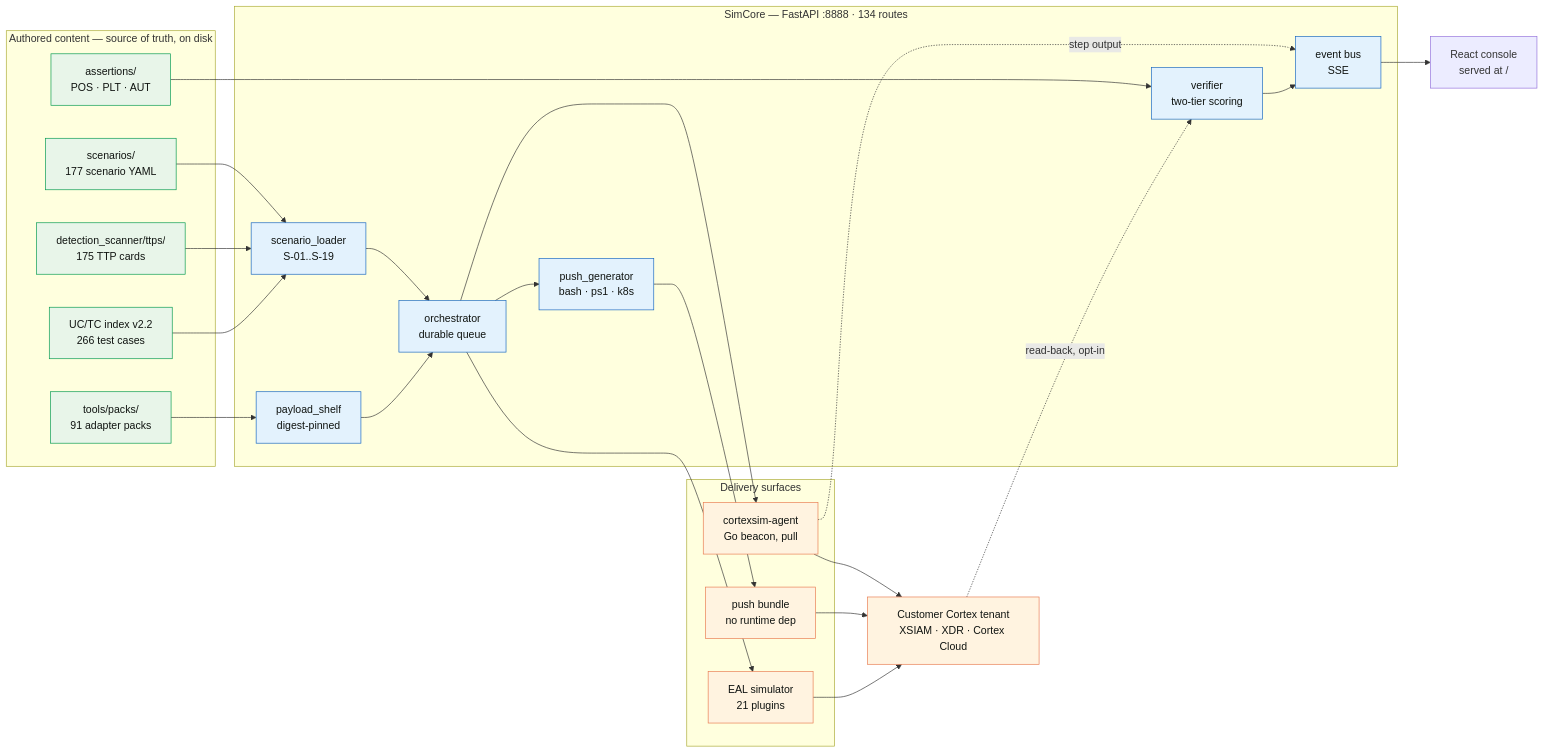
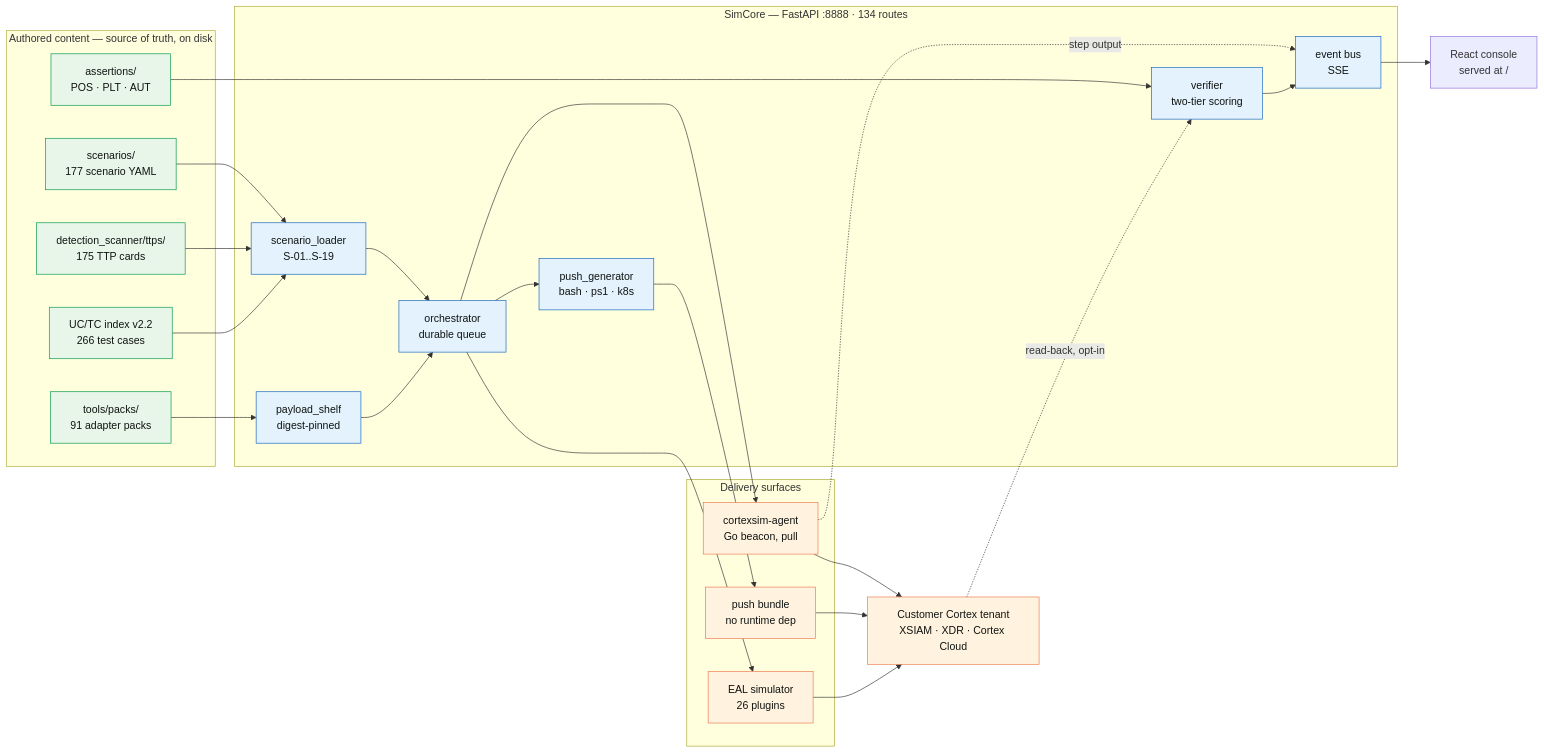
One commit to hankthebldr/cortex-pov-engine changed the first of 6 diagrams in README.md. Above: the diagram before and after it, drawn with Mermaid. The commit also changed other lines of this file and 3 other files, not shown here.

````diff
--- a/README.md
+++ b/README.md
@@ -191,54 +191,54 @@
 ```mermaid
 flowchart LR
     subgraph AUTHOR["Authored content — source of truth, on disk"]
         SC["scenarios/<br/>177 scenario YAML"]
         TTP["detection_scanner/ttps/<br/>175 TTP cards"]
         ASRT["assertions/<br/>POS · PLT · AUT"]
         PACK["tools/packs/<br/>91 adapter packs"]
         IDX["UC/TC index v2.2<br/>266 test cases"]
     end
 
     subgraph CORE["SimCore — FastAPI :8888 · 134 routes"]
         LOAD["scenario_loader<br/>S-01..S-19"]
         ORCH["orchestrator<br/>durable queue"]
         SHELF["payload_shelf<br/>digest-pinned"]
         VERIF["verifier<br/>two-tier scoring"]
         BUS["event bus<br/>SSE"]
         PUSH["push_generator<br/>bash · ps1 · k8s"]
     end
 
     subgraph EXEC["Delivery surfaces"]
         AGENT["cortexsim-agent<br/>Go beacon, pull"]
         BUNDLE["push bundle<br/>no runtime dep"]
-        EAL["EAL simulator<br/>21 plugins"]
+        EAL["EAL simulator<br/>26 plugins"]
     end
 
     TENANT["Customer Cortex tenant<br/>XSIAM · XDR · Cortex Cloud"]
     UI["React console<br/>served at /"]
 
     SC --> LOAD
     TTP --> LOAD
     PACK --> SHELF
     IDX --> LOAD
     ASRT --> VERIF
     LOAD --> ORCH
     SHELF --> ORCH
     ORCH --> AGENT
     ORCH --> PUSH
     PUSH --> BUNDLE
     ORCH --> EAL
     AGENT --> TENANT
     BUNDLE --> TENANT
     EAL --> TENANT
     AGENT -. "step output" .-> BUS
     BUS --> UI
     TENANT -. "read-back, opt-in" .-> VERIF
     VERIF --> BUS
 
     classDef src fill:#e8f5e9,stroke:#00994d,color:#101411
     classDef eng fill:#e3f2fd,stroke:#1565c0,color:#101411
     classDef out fill:#fff3e0,stroke:#e87a4f,color:#101411
     class SC,TTP,ASRT,PACK,IDX src
     class LOAD,ORCH,SHELF,VERIF,BUS,PUSH eng
     class AGENT,BUNDLE,EAL,TENANT out
 ```
````
